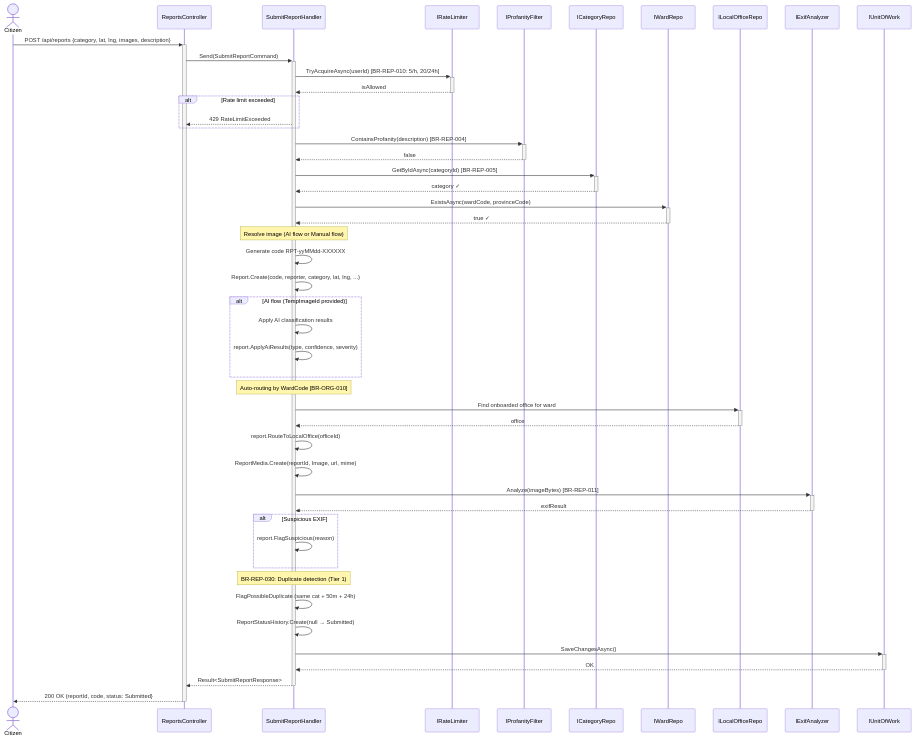
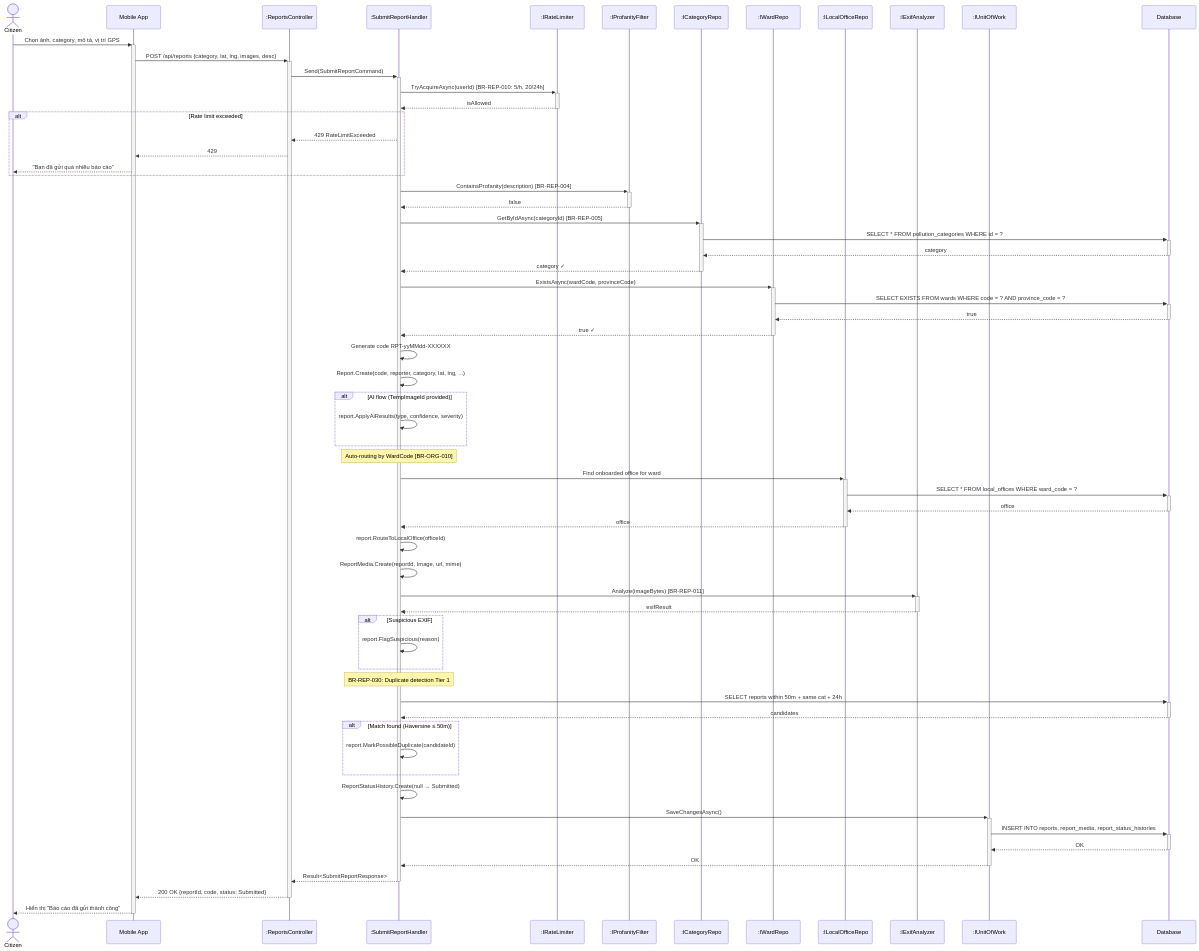
The fourth of 25 diagrams in docs/BusinessRule/SEQUENCE_DIAGRAMS.md (Capstonne-Project/greenlens-service), drawn with Mermaid before and after one commit. The commit also changed other lines of this file, not shown here.

Commit message:
fix(docs): enhance format sequence diagram

````diff
--- a/docs/BusinessRule/SEQUENCE_DIAGRAMS.md
+++ b/docs/BusinessRule/SEQUENCE_DIAGRAMS.md
@@ -184,65 +226,80 @@
 ```mermaid
 sequenceDiagram
     actor Citizen
-    participant API as ReportsController
-    participant Handler as SubmitReportHandler
-    participant RateLimit as IRateLimiter
-    participant Profanity as IProfanityFilter
-    participant CatRepo as ICategoryRepo
-    participant WardRepo as IWardRepo
-    participant OfficeRepo as ILocalOfficeRepo
-    participant EXIF as IExifAnalyzer
-    participant DB as IUnitOfWork
+    participant App as Mobile App
+    participant Ctrl as :ReportsController
+    participant Hdl as :SubmitReportHandler
+    participant Rate as :IRateLimiter
+    participant Prof as :IProfanityFilter
+    participant CatRepo as :ICategoryRepo
+    participant WardRepo as :IWardRepo
+    participant OffRepo as :ILocalOfficeRepo
+    participant EXIF as :IExifAnalyzer
+    participant UoW as :IUnitOfWork
+    participant DB as Database
 
-    Citizen->>+API: POST /api/reports {category, lat, lng, images, description}
-    API->>+Handler: Send(SubmitReportCommand)
+    Citizen->>+App: Chọn ảnh, category, mô tả, vị trí GPS
+    App->>+Ctrl: POST /api/reports {category, lat, lng, images, desc}
+    Ctrl->>+Hdl: Send(SubmitReportCommand)
 
-    Handler->>+RateLimit: TryAcquireAsync(userId) [BR-REP-010: 5/h, 20/24h]
-    RateLimit-->>-Handler: isAllowed
-
+    Hdl->>+Rate: TryAcquireAsync(userId) [BR-REP-010: 5/h, 20/24h]
+    Rate-->>-Hdl: isAllowed
     alt Rate limit exceeded
-        Handler-->>API: 429 RateLimitExceeded
+        Hdl-->>Ctrl: 429 RateLimitExceeded
+        Ctrl-->>App: 429
+        App-->>Citizen: "Bạn đã gửi quá nhiều báo cáo"
     end
 
-    Handler->>+Profanity: ContainsProfanity(description) [BR-REP-004]
-    Profanity-->>-Handler: false
+    Hdl->>+Prof: ContainsProfanity(description) [BR-REP-004]
+    Prof-->>-Hdl: false
 
-    Handler->>+CatRepo: GetByIdAsync(categoryId) [BR-REP-005]
-    CatRepo-->>-Handler: category ✓
+    Hdl->>+CatRepo: GetByIdAsync(categoryId) [BR-REP-005]
+    CatRepo->>+DB: SELECT * FROM pollution_categories WHERE id = ?
+    DB-->>-CatRepo: category
+    CatRepo-->>-Hdl: category ✓
 
-    Handler->>+WardRepo: ExistsAsync(wardCode, provinceCode)
-    WardRepo-->>-Handler: true ✓
+    Hdl->>+WardRepo: ExistsAsync(wardCode, provinceCode)
+    WardRepo->>+DB: SELECT EXISTS FROM wards WHERE code = ? AND province_code = ?
+    DB-->>-WardRepo: true
+    WardRepo-->>-Hdl: true ✓
 
-    Note over Handler: Resolve image (AI flow or Manual flow)
-    Handler->>Handler: Generate code RPT-yyMMdd-XXXXXX
-    Handler->>Handler: Report.Create(code, reporter, category, lat, lng, ...)
+    Hdl->>Hdl: Generate code RPT-yyMMdd-XXXXXX
+    Hdl->>Hdl: Report.Create(code, reporter, category, lat, lng, ...)
 
     alt AI flow (TempImageId provided)
-        Handler->>Handler: Apply AI classification results
-        Handler->>Handler: report.ApplyAiResults(type, confidence, severity)
+        Hdl->>Hdl: report.ApplyAiResults(type, confidence, severity)
     end
 
-    Note over Handler: Auto-routing by WardCode [BR-ORG-010]
-    Handler->>+OfficeRepo: Find onboarded office for ward
-    OfficeRepo-->>-Handler: office
-    Handler->>Handler: report.RouteToLocalOffice(officeId)
+    Note over Hdl: Auto-routing by WardCode [BR-ORG-010]
+    Hdl->>+OffRepo: Find onboarded office for ward
+    OffRepo->>+DB: SELECT * FROM local_offices WHERE ward_code = ?
+    DB-->>-OffRepo: office
+    OffRepo-->>-Hdl: office
+    Hdl->>Hdl: report.RouteToLocalOffice(officeId)
 
-    Handler->>Handler: ReportMedia.Create(reportId, Image, url, mime)
+    Hdl->>Hdl: ReportMedia.Create(reportId, Image, url, mime)
 
-    Handler->>+EXIF: Analyze(imageBytes) [BR-REP-011]
-    EXIF-->>-Handler: exifResult
+    Hdl->>+EXIF: Analyze(imageBytes) [BR-REP-011]
+    EXIF-->>-Hdl: exifResult
     alt Suspicious EXIF
-        Handler->>Handler: report.FlagSuspicious(reason)
+        Hdl->>Hdl: report.FlagSuspicious(reason)
     end
 
-    Note over Handler: BR-REP-030: Duplicate detection (Tier 1)
-    Handler->>Handler: FlagPossibleDuplicate (same cat + 50m + 24h)
+    Note over Hdl: BR-REP-030: Duplicate detection Tier 1
+    Hdl->>+DB: SELECT reports within 50m + same cat + 24h
+    DB-->>-Hdl: candidates
+    alt Match found (Haversine ≤ 50m)
+        Hdl->>Hdl: report.MarkPossibleDuplicate(candidateId)
+    end
 
-    Handler->>Handler: ReportStatusHistory.Create(null → Submitted)
+    Hdl->>Hdl: ReportStatusHistory.Create(null → Submitted)
 
-    Handler->>+DB: SaveChangesAsync()
-    DB-->>-Handler: OK
+    Hdl->>+UoW: SaveChangesAsync()
+    UoW->>+DB: INSERT INTO reports, report_media, report_status_histories
+    DB-->>-UoW: OK
+    UoW-->>-Hdl: OK
 
-    Handler-->>-API: Result<SubmitReportResponse>
-    API-->>-Citizen: 200 OK {reportId, code, status: Submitted}
+    Hdl-->>-Ctrl: Result<SubmitReportResponse>
+    Ctrl-->>-App: 200 OK {reportId, code, status: Submitted}
+    App-->>-Citizen: Hiển thị "Báo cáo đã gửi thành công"
 ```
````
